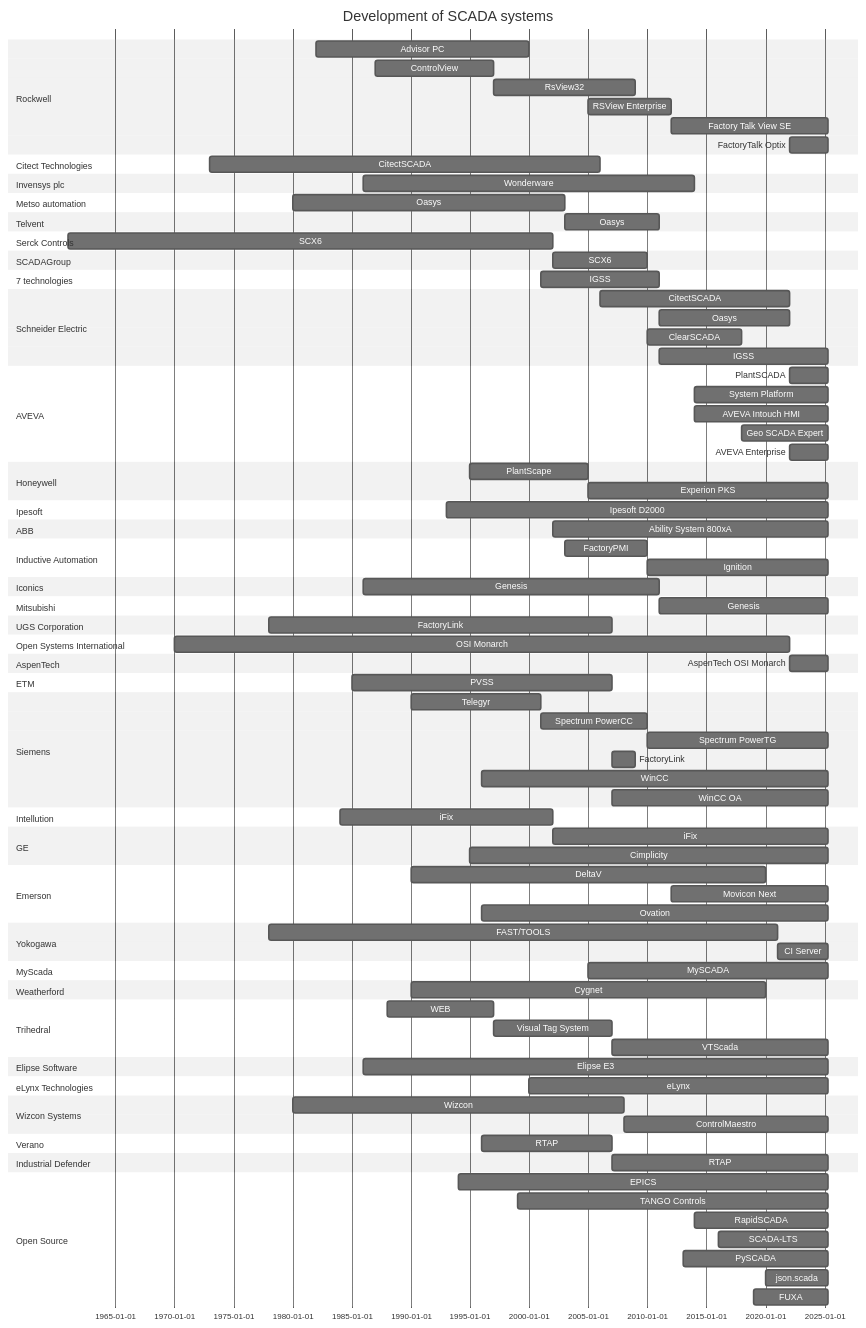
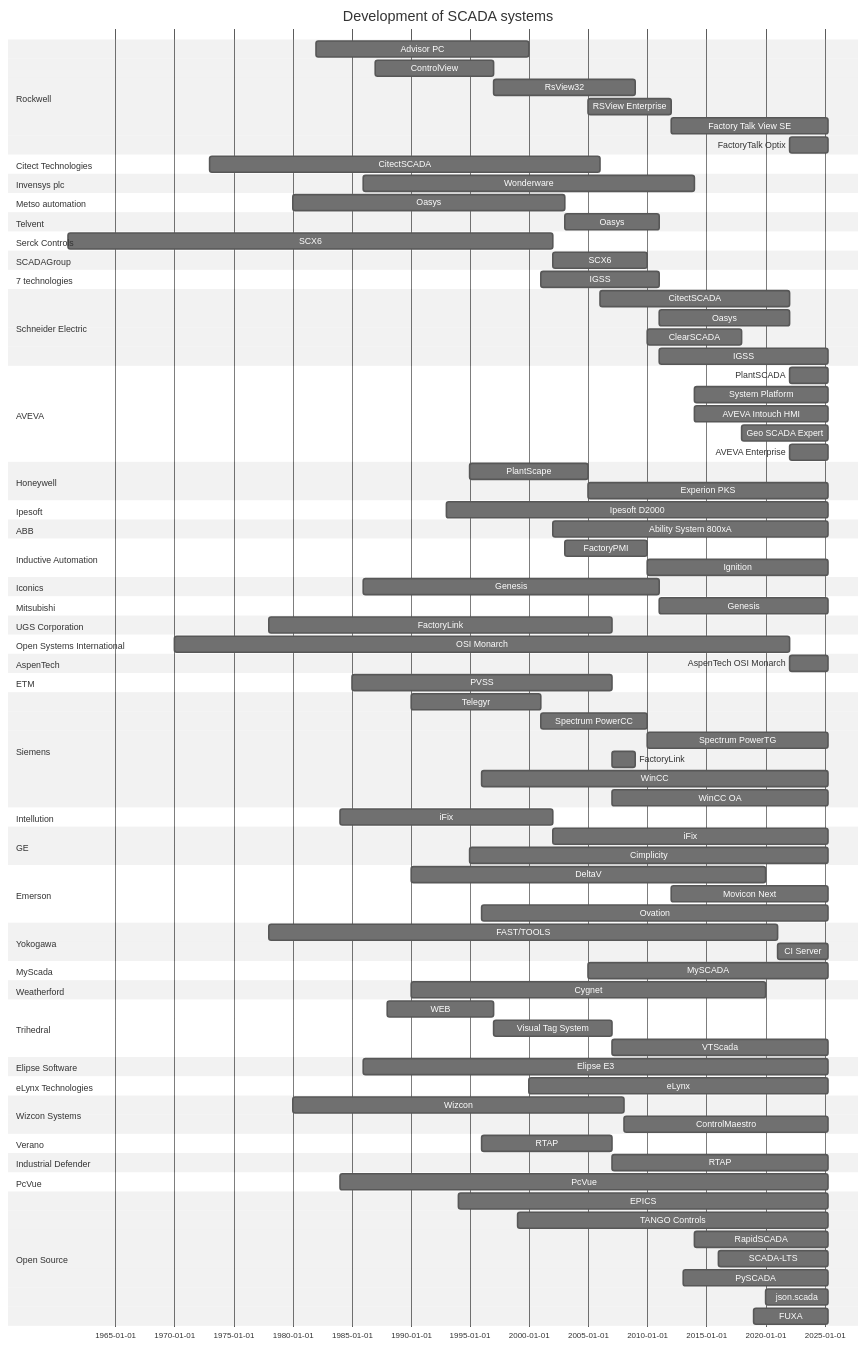
One commit to hutcheb/scada-timeline changed the diagram in README.md. Above: the diagram before and after it, drawn with Mermaid (neutral theme).

Commit message:
feat: Add PcVue

```diff
--- a/README.md
+++ b/README.md
@@ -137,7 +137,9 @@
     section Verano
         RTAP : rtap, 1996, 2007
     section Industrial Defender
-        RTAP : after rtap, until 2025    
+        RTAP : after rtap, until 2025
+    section PcVue
+        PcVue : pcvue, 1984, until 2025    
     section Open Source
         %%(https://en.wikipedia.org/wiki/EPICS)
         EPICS : epics, 1994, until 2025
```
